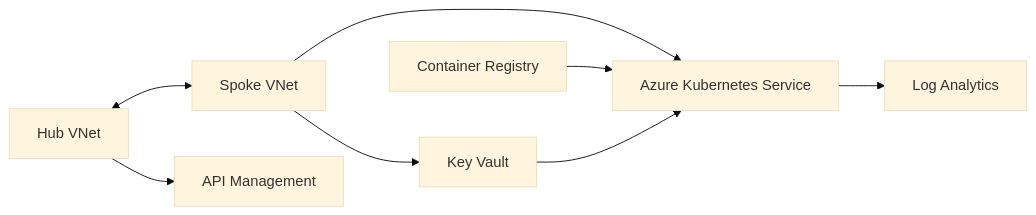
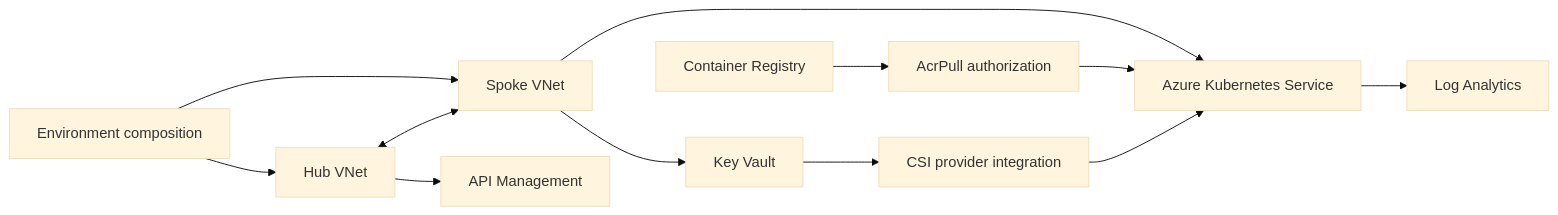
Before and after one commit to ahmed-el-mahdy/azure-aks-platform: the diagram in README.md, drawn with Mermaid (base theme). The commit also changed other lines of this file, not shown here.

Commit message:
docs: verify project scope, architecture and review gates [skip ci]

````diff
--- a/README.md
+++ b/README.md
@@ -20,10 +20,14 @@
 ```mermaid
 flowchart LR
+    ROOT[Environment composition] --> HUB[Hub VNet]
+    ROOT --> SPOKE[Spoke VNet]
     HUB[Hub VNet] <--> SPOKE[Spoke VNet]
     HUB --> APIM[API Management]
     SPOKE --> AKS[Azure Kubernetes Service]
     SPOKE --> KV[Key Vault]
-    ACR[Container Registry] --> AKS
-    KV --> AKS
+    ACR[Container Registry] --> PULL[AcrPull authorization]
+    PULL --> AKS
+    KV --> CSI[CSI provider integration]
+    CSI --> AKS
     AKS --> LAW[Log Analytics]
 ```
````
